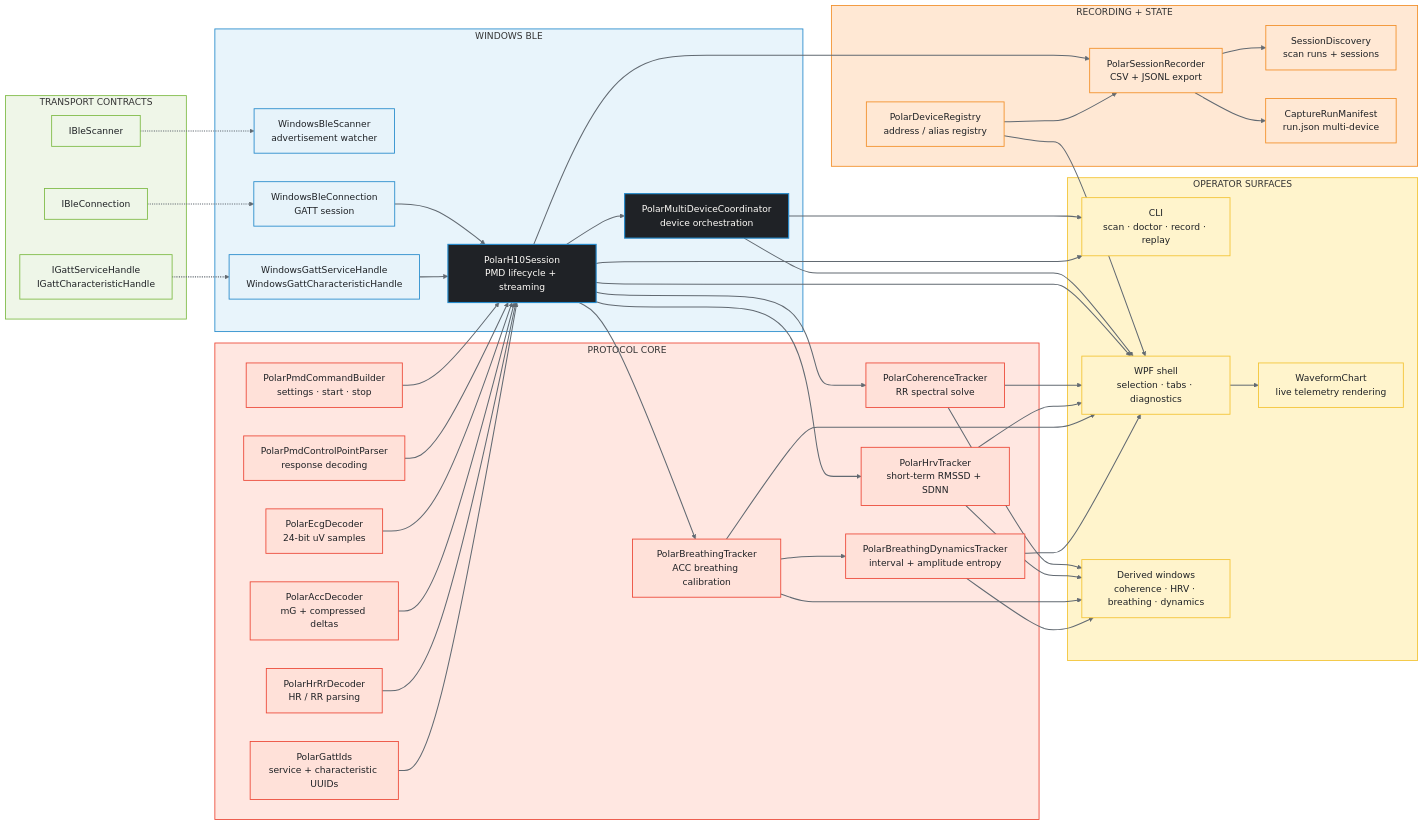
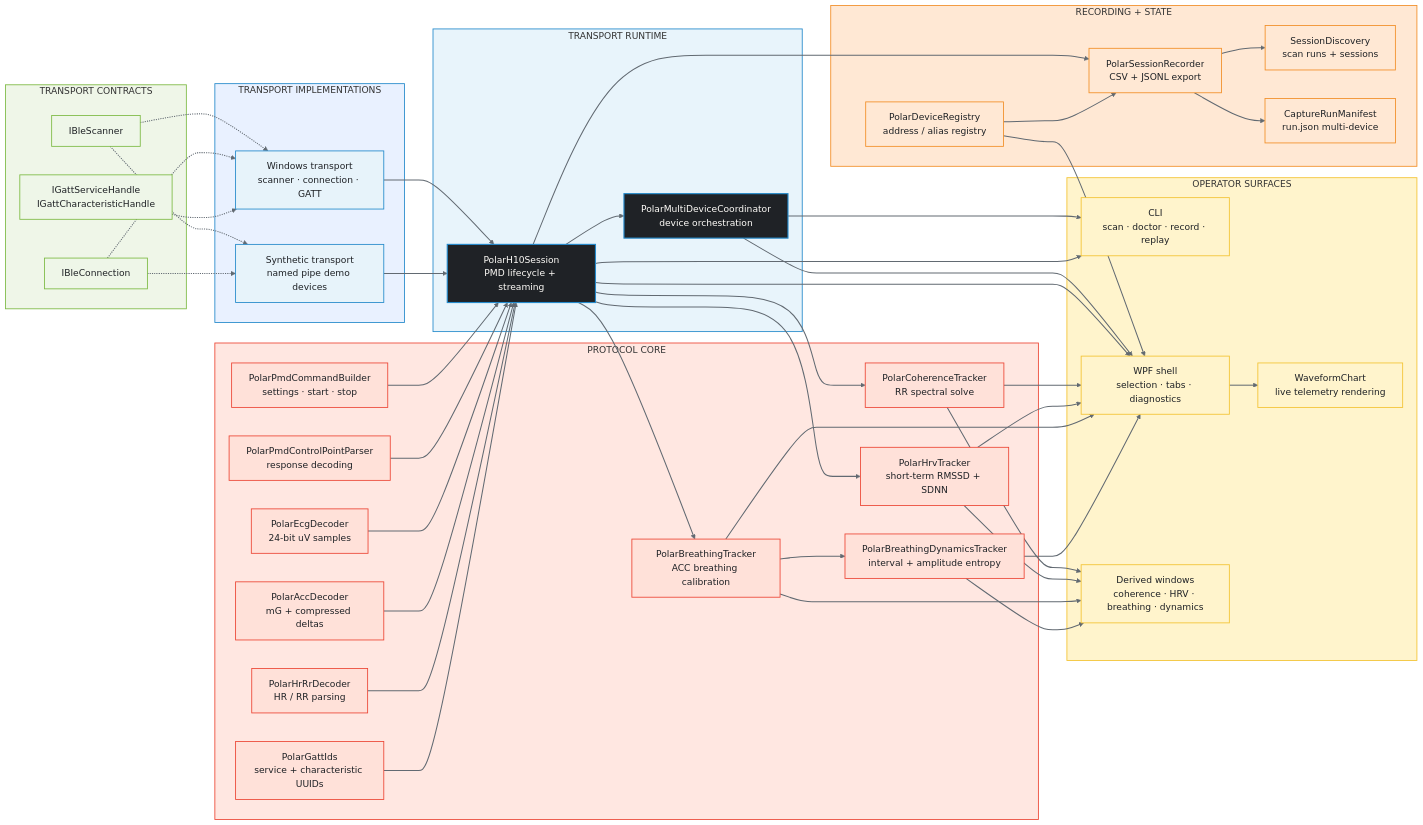
The second of 3 diagrams in README.md (MesmerPrism/PolarH10), drawn with Mermaid before and after one commit. The commit also changed other lines of this file and 159 other files, not shown here.

```diff
--- a/README.md
+++ b/README.md
@@ -310,12 +328,14 @@
         IG["IGattServiceHandle<br/>IGattCharacteristicHandle"]
     end
 
-    subgraph Windows["WINDOWS BLE"]
-        WS["WindowsBleScanner<br/>advertisement watcher"]
-        WC["WindowsBleConnection<br/>GATT session"]
-        WG["WindowsGattServiceHandle<br/>WindowsGattCharacteristicHandle"]
+    subgraph Runtime["TRANSPORT RUNTIME"]
         SE["PolarH10Session<br/>PMD lifecycle + streaming"]
         MD["PolarMultiDeviceCoordinator<br/>device orchestration"]
+    end
+
+    subgraph Implementations["TRANSPORT IMPLEMENTATIONS"]
+        WB["Windows transport<br/>scanner · connection · GATT"]
+        SB["Synthetic transport<br/>named pipe demo devices"]
     end
 
     subgraph Recording["RECORDING + STATE"]
@@ -338,11 +358,13 @@
     AC --> SE
     HR --> SE
     GID --> SE
-    IS -.-> WS
-    IC -.-> WC
-    IG -.-> WG
-    WC --> SE
-    WG --> SE
+    IS -.-> WB
+    IC -.-> WB
+    IG -.-> WB
+    IS -.-> SB
+    IC -.-> SB
+    WB --> SE
+    SB --> SE
     SE --> MD
     SE --> CH
     SE --> HV
@@ -369,19 +391,20 @@
 
     style Protocol fill:#FFE7E1,stroke:#EC4736,stroke-width:1.5px;
     style Transport fill:#EFF6E8,stroke:#7DBA44,stroke-width:1.5px;
-    style Windows fill:#E8F4FB,stroke:#258ACB,stroke-width:1.5px;
+    style Runtime fill:#E8F4FB,stroke:#258ACB,stroke-width:1.5px;
+    style Implementations fill:#E9F1FF,stroke:#258ACB,stroke-width:1.5px;
     style Recording fill:#FFE8D4,stroke:#F28F28,stroke-width:1.5px;
     style Surfaces fill:#FFF4CC,stroke:#F3C333,stroke-width:1.5px;
 
     classDef core fill:#FFE1D9,stroke:#EC4736,color:#1F2226,stroke-width:1.5px;
     classDef contracts fill:#EEF6E8,stroke:#7DBA44,color:#1F2226,stroke-width:1.5px;
-    classDef windows fill:#E7F3FA,stroke:#258ACB,color:#1F2226,stroke-width:1.5px;
+    classDef impl fill:#E7F3FA,stroke:#258ACB,color:#1F2226,stroke-width:1.5px;
     classDef active fill:#1F2226,stroke:#258ACB,color:#FFFDF9,stroke-width:2px;
     classDef record fill:#FFE8D4,stroke:#F28F28,color:#1F2226,stroke-width:1.5px;
     classDef surface fill:#FFF4CC,stroke:#F3C333,color:#1F2226,stroke-width:1.5px;
     class EC,AC,HR,CH,HV,BR,BD,PMD,CP,GID core;
     class IS,IC,IG contracts;
-    class WS,WC,WG windows;
+    class WB,SB impl;
     class SE,MD active;
     class RE,SD,MA,DR record;
     class C1,G1,G2,G3 surface;
```
